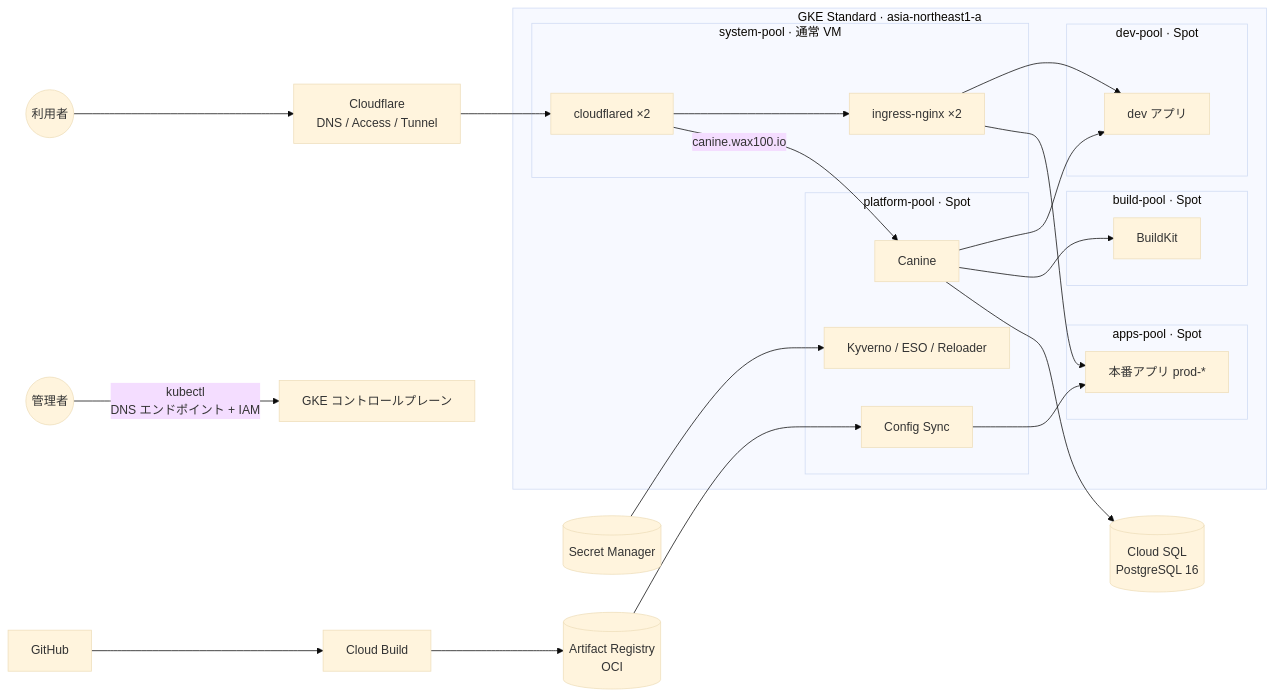
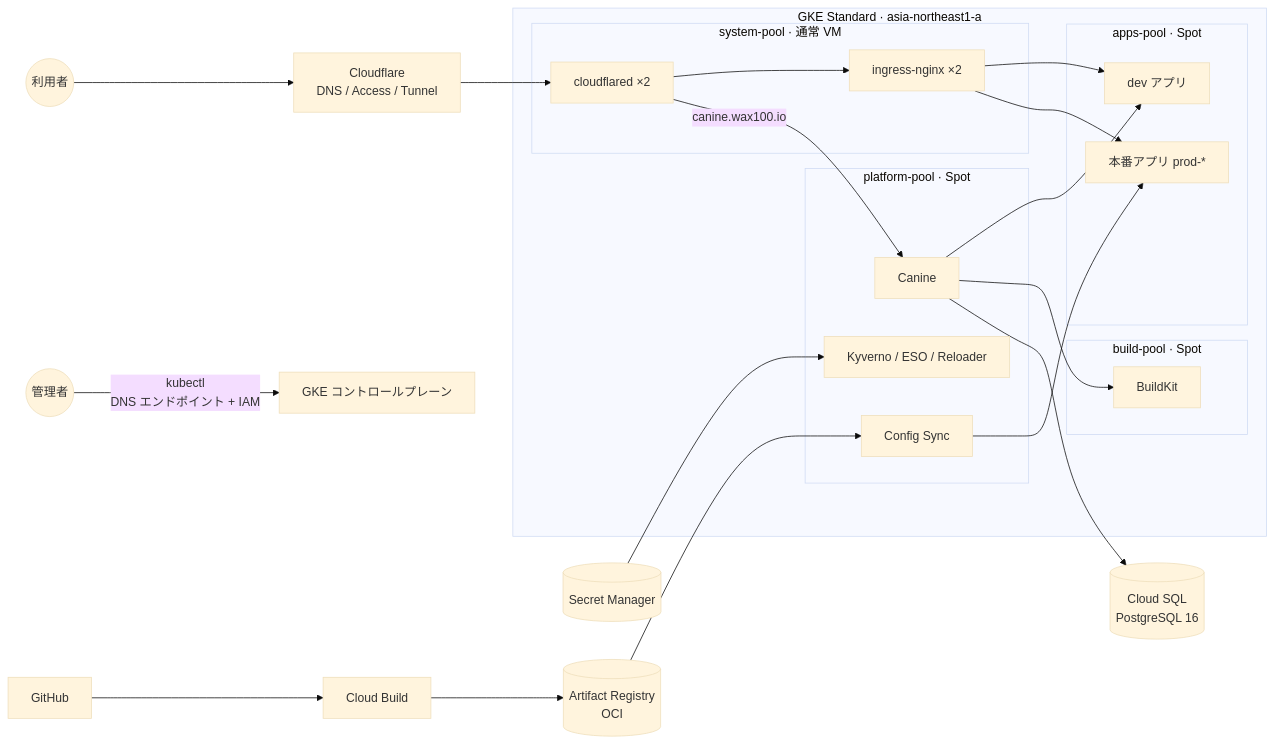
One commit to waxsd100/k8s-platform changed the diagram in README.md. Above: the diagram before and after it, drawn with Mermaid (base theme). The commit also changed other lines of this file and 9 other files, not shown here.

First line of the commit message:
revert: share apps-pool between dev and prod (drop dev-pool)

````diff
--- a/README.md
+++ b/README.md
@@ -15,35 +15,33 @@
 ```mermaid
 flowchart LR
   user((利用者)) --> cf[Cloudflare<br/>DNS / Access / Tunnel]
   admin((管理者)) -->|kubectl<br/>DNS エンドポイント + IAM| cp[GKE コントロールプレーン]
 
   subgraph gke[GKE Standard · asia-northeast1-a]
     subgraph sys[system-pool · 通常 VM]
       cfd[cloudflared ×2] --> nginx[ingress-nginx ×2]
     end
     subgraph plat[platform-pool · Spot]
       canine[Canine]
       cs[Config Sync]
       kyv[Kyverno / ESO / Reloader]
     end
     subgraph apps[apps-pool · Spot]
+      dev[dev アプリ]
       prod[本番アプリ prod-*]
-    end
-    subgraph devp[dev-pool · Spot]
-      dev[dev アプリ]
     end
     subgraph build[build-pool · Spot]
       bk[BuildKit]
     end
   end
 
   cf --> cfd
   nginx --> dev & prod
   cfd -->|canine.wax100.io| canine
   canine --> dev
   canine --> bk
 
   gh[GitHub] --> cb[Cloud Build] --> ar[(Artifact Registry<br/>OCI)] --> cs --> prod
   sm[(Secret Manager)] --> kyv
   canine --> sql[(Cloud SQL<br/>PostgreSQL 16)]
 ```
````
